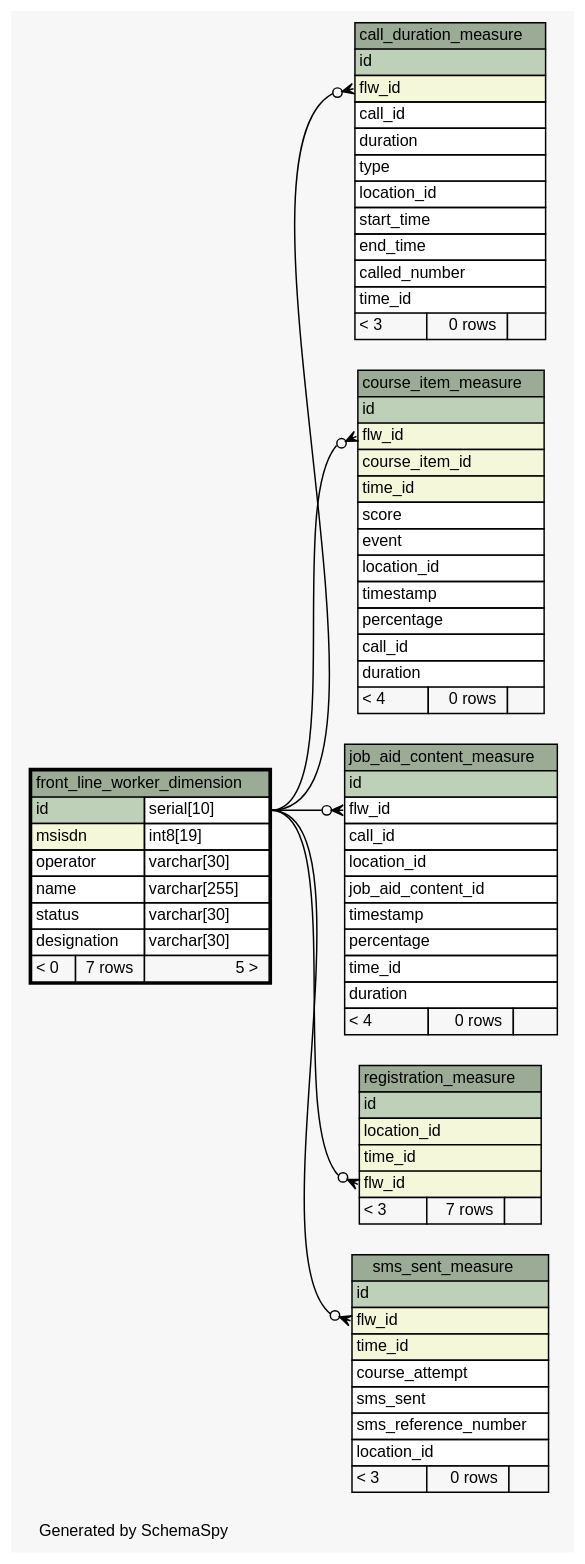
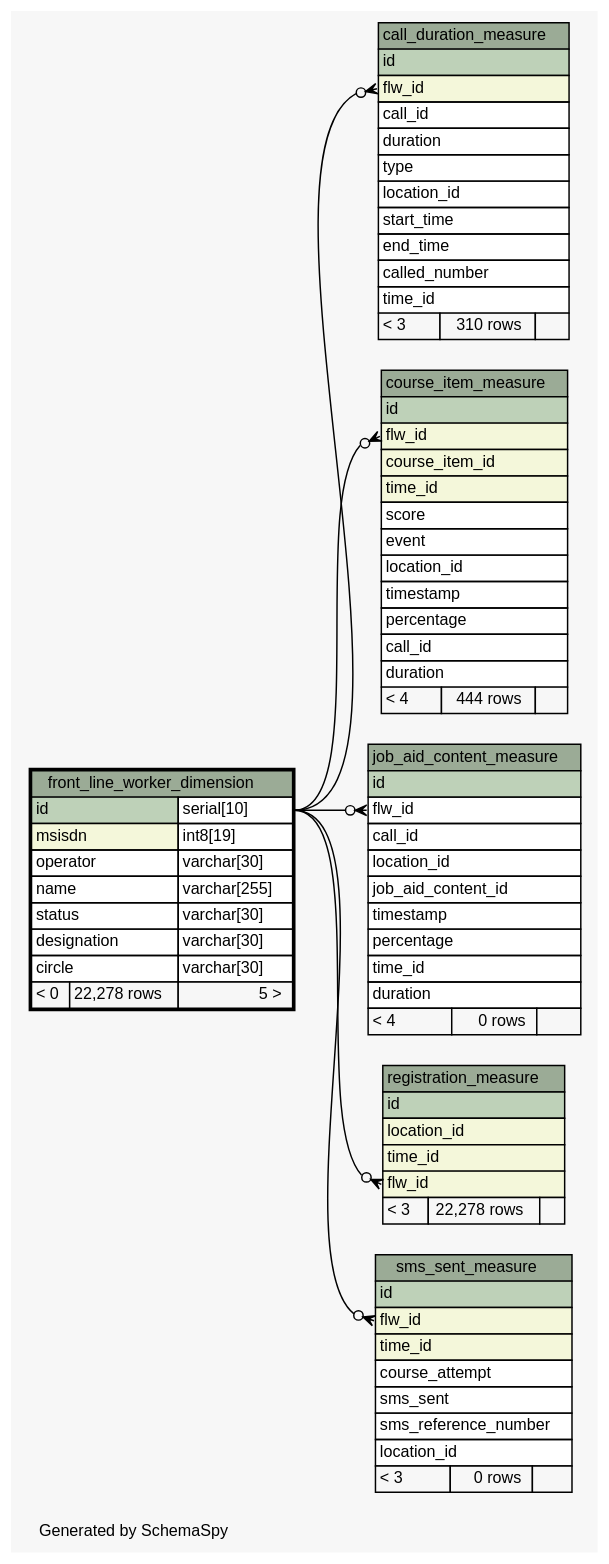
The diagram in ananya-report/build/schemaspy-output/diagrams/front_line_worker_dimension.1degree.dot (motech/ananya), drawn with Graphviz before and after one commit. The commit also changed 69 other files, not shown here.

```diff
--- a/ananya-report/build/schemaspy-output/diagrams/front_line_worker_dimension.1degree.dot
+++ b/ananya-report/build/schemaspy-output/diagrams/front_line_worker_dimension.1degree.dot
@@ -1,128 +1,129 @@
 // dot 2.26.3 on Linux 2.6.38-11-generic-pae
 // SchemaSpy rev 590
 digraph "oneDegreeRelationshipsDiagram" {
   graph [
     rankdir="RL"
     bgcolor="#f7f7f7"
     label="\nGenerated by SchemaSpy"
     labeljust="l"
     nodesep="0.18"
     ranksep="0.46"
     fontname="Helvetica"
     fontsize="11"
   ];
   node [
     fontname="Helvetica"
     fontsize="11"
     shape="plaintext"
   ];
   edge [
     arrowsize="0.8"
   ];
   "call_duration_measure":"flw_id":w -> "front_line_worker_dimension":"id.type":e [arrowhead=none dir=back arrowtail=crowodot];
   "course_item_measure":"flw_id":w -> "front_line_worker_dimension":"id.type":e [arrowhead=none dir=back arrowtail=crowodot];
   "job_aid_content_measure":"flw_id":w -> "front_line_worker_dimension":"id.type":e [arrowhead=none dir=back arrowtail=crowodot];
   "registration_measure":"flw_id":w -> "front_line_worker_dimension":"id.type":e [arrowhead=none dir=back arrowtail=crowodot];
   "sms_sent_measure":"flw_id":w -> "front_line_worker_dimension":"id.type":e [arrowhead=none dir=back arrowtail=crowodot];
   "call_duration_measure" [
     label=<
     <TABLE BORDER="0" CELLBORDER="1" CELLSPACING="0" BGCOLOR="#ffffff">
       <TR><TD COLSPAN="3" BGCOLOR="#9bab96" ALIGN="CENTER">call_duration_measure</TD></TR>
       <TR><TD PORT="id" COLSPAN="3" BGCOLOR="#bed1b8" ALIGN="LEFT">id</TD></TR>
       <TR><TD PORT="flw_id" COLSPAN="3" BGCOLOR="#f4f7da" ALIGN="LEFT">flw_id</TD></TR>
       <TR><TD PORT="call_id" COLSPAN="3" ALIGN="LEFT">call_id</TD></TR>
       <TR><TD PORT="duration" COLSPAN="3" ALIGN="LEFT">duration</TD></TR>
       <TR><TD PORT="type" COLSPAN="3" ALIGN="LEFT">type</TD></TR>
       <TR><TD PORT="location_id" COLSPAN="3" ALIGN="LEFT">location_id</TD></TR>
       <TR><TD PORT="start_time" COLSPAN="3" ALIGN="LEFT">start_time</TD></TR>
       <TR><TD PORT="end_time" COLSPAN="3" ALIGN="LEFT">end_time</TD></TR>
       <TR><TD PORT="called_number" COLSPAN="3" ALIGN="LEFT">called_number</TD></TR>
       <TR><TD PORT="time_id" COLSPAN="3" ALIGN="LEFT">time_id</TD></TR>
-      <TR><TD ALIGN="LEFT" BGCOLOR="#f7f7f7">&lt; 3</TD><TD ALIGN="RIGHT" BGCOLOR="#f7f7f7">0 rows</TD><TD ALIGN="RIGHT" BGCOLOR="#f7f7f7">  </TD></TR>
+      <TR><TD ALIGN="LEFT" BGCOLOR="#f7f7f7">&lt; 3</TD><TD ALIGN="RIGHT" BGCOLOR="#f7f7f7">310 rows</TD><TD ALIGN="RIGHT" BGCOLOR="#f7f7f7">  </TD></TR>
     </TABLE>>
     URL="call_duration_measure.html"
     tooltip="call_duration_measure"
   ];
   "course_item_measure" [
     label=<
     <TABLE BORDER="0" CELLBORDER="1" CELLSPACING="0" BGCOLOR="#ffffff">
       <TR><TD COLSPAN="3" BGCOLOR="#9bab96" ALIGN="CENTER">course_item_measure</TD></TR>
       <TR><TD PORT="id" COLSPAN="3" BGCOLOR="#bed1b8" ALIGN="LEFT">id</TD></TR>
       <TR><TD PORT="flw_id" COLSPAN="3" BGCOLOR="#f4f7da" ALIGN="LEFT">flw_id</TD></TR>
       <TR><TD PORT="course_item_id" COLSPAN="3" BGCOLOR="#f4f7da" ALIGN="LEFT">course_item_id</TD></TR>
       <TR><TD PORT="time_id" COLSPAN="3" BGCOLOR="#f4f7da" ALIGN="LEFT">time_id</TD></TR>
       <TR><TD PORT="score" COLSPAN="3" ALIGN="LEFT">score</TD></TR>
       <TR><TD PORT="event" COLSPAN="3" ALIGN="LEFT">event</TD></TR>
       <TR><TD PORT="location_id" COLSPAN="3" ALIGN="LEFT">location_id</TD></TR>
       <TR><TD PORT="timestamp" COLSPAN="3" ALIGN="LEFT">timestamp</TD></TR>
       <TR><TD PORT="percentage" COLSPAN="3" ALIGN="LEFT">percentage</TD></TR>
       <TR><TD PORT="call_id" COLSPAN="3" ALIGN="LEFT">call_id</TD></TR>
       <TR><TD PORT="duration" COLSPAN="3" ALIGN="LEFT">duration</TD></TR>
-      <TR><TD ALIGN="LEFT" BGCOLOR="#f7f7f7">&lt; 4</TD><TD ALIGN="RIGHT" BGCOLOR="#f7f7f7">0 rows</TD><TD ALIGN="RIGHT" BGCOLOR="#f7f7f7">  </TD></TR>
+      <TR><TD ALIGN="LEFT" BGCOLOR="#f7f7f7">&lt; 4</TD><TD ALIGN="RIGHT" BGCOLOR="#f7f7f7">444 rows</TD><TD ALIGN="RIGHT" BGCOLOR="#f7f7f7">  </TD></TR>
     </TABLE>>
     URL="course_item_measure.html"
     tooltip="course_item_measure"
   ];
   "front_line_worker_dimension" [
     label=<
     <TABLE BORDER="2" CELLBORDER="1" CELLSPACING="0" BGCOLOR="#ffffff">
       <TR><TD COLSPAN="3" BGCOLOR="#9bab96" ALIGN="CENTER">front_line_worker_dimension</TD></TR>
       <TR><TD PORT="id" COLSPAN="2" BGCOLOR="#bed1b8" ALIGN="LEFT">id</TD><TD PORT="id.type" ALIGN="LEFT">serial[10]</TD></TR>
       <TR><TD PORT="msisdn" COLSPAN="2" BGCOLOR="#f4f7da" ALIGN="LEFT">msisdn</TD><TD PORT="msisdn.type" ALIGN="LEFT">int8[19]</TD></TR>
       <TR><TD PORT="operator" COLSPAN="2" ALIGN="LEFT">operator</TD><TD PORT="operator.type" ALIGN="LEFT">varchar[30]</TD></TR>
       <TR><TD PORT="name" COLSPAN="2" ALIGN="LEFT">name</TD><TD PORT="name.type" ALIGN="LEFT">varchar[255]</TD></TR>
       <TR><TD PORT="status" COLSPAN="2" ALIGN="LEFT">status</TD><TD PORT="status.type" ALIGN="LEFT">varchar[30]</TD></TR>
       <TR><TD PORT="designation" COLSPAN="2" ALIGN="LEFT">designation</TD><TD PORT="designation.type" ALIGN="LEFT">varchar[30]</TD></TR>
-      <TR><TD ALIGN="LEFT" BGCOLOR="#f7f7f7">&lt; 0</TD><TD ALIGN="RIGHT" BGCOLOR="#f7f7f7">7 rows</TD><TD ALIGN="RIGHT" BGCOLOR="#f7f7f7">5 &gt;</TD></TR>
+      <TR><TD PORT="circle" COLSPAN="2" ALIGN="LEFT">circle</TD><TD PORT="circle.type" ALIGN="LEFT">varchar[30]</TD></TR>
+      <TR><TD ALIGN="LEFT" BGCOLOR="#f7f7f7">&lt; 0</TD><TD ALIGN="RIGHT" BGCOLOR="#f7f7f7">22,278 rows</TD><TD ALIGN="RIGHT" BGCOLOR="#f7f7f7">5 &gt;</TD></TR>
     </TABLE>>
     URL="front_line_worker_dimension.html"
     tooltip="front_line_worker_dimension"
   ];
   "job_aid_content_measure" [
     label=<
     <TABLE BORDER="0" CELLBORDER="1" CELLSPACING="0" BGCOLOR="#ffffff">
       <TR><TD COLSPAN="3" BGCOLOR="#9bab96" ALIGN="CENTER">job_aid_content_measure</TD></TR>
       <TR><TD PORT="id" COLSPAN="3" BGCOLOR="#bed1b8" ALIGN="LEFT">id</TD></TR>
       <TR><TD PORT="flw_id" COLSPAN="3" ALIGN="LEFT">flw_id</TD></TR>
       <TR><TD PORT="call_id" COLSPAN="3" ALIGN="LEFT">call_id</TD></TR>
       <TR><TD PORT="location_id" COLSPAN="3" ALIGN="LEFT">location_id</TD></TR>
       <TR><TD PORT="job_aid_content_id" COLSPAN="3" ALIGN="LEFT">job_aid_content_id</TD></TR>
       <TR><TD PORT="timestamp" COLSPAN="3" ALIGN="LEFT">timestamp</TD></TR>
       <TR><TD PORT="percentage" COLSPAN="3" ALIGN="LEFT">percentage</TD></TR>
       <TR><TD PORT="time_id" COLSPAN="3" ALIGN="LEFT">time_id</TD></TR>
       <TR><TD PORT="duration" COLSPAN="3" ALIGN="LEFT">duration</TD></TR>
       <TR><TD ALIGN="LEFT" BGCOLOR="#f7f7f7">&lt; 4</TD><TD ALIGN="RIGHT" BGCOLOR="#f7f7f7">0 rows</TD><TD ALIGN="RIGHT" BGCOLOR="#f7f7f7">  </TD></TR>
     </TABLE>>
     URL="job_aid_content_measure.html"
     tooltip="job_aid_content_measure"
   ];
   "registration_measure" [
     label=<
     <TABLE BORDER="0" CELLBORDER="1" CELLSPACING="0" BGCOLOR="#ffffff">
       <TR><TD COLSPAN="3" BGCOLOR="#9bab96" ALIGN="CENTER">registration_measure</TD></TR>
       <TR><TD PORT="id" COLSPAN="3" BGCOLOR="#bed1b8" ALIGN="LEFT">id</TD></TR>
       <TR><TD PORT="location_id" COLSPAN="3" BGCOLOR="#f4f7da" ALIGN="LEFT">location_id</TD></TR>
       <TR><TD PORT="time_id" COLSPAN="3" BGCOLOR="#f4f7da" ALIGN="LEFT">time_id</TD></TR>
       <TR><TD PORT="flw_id" COLSPAN="3" BGCOLOR="#f4f7da" ALIGN="LEFT">flw_id</TD></TR>
-      <TR><TD ALIGN="LEFT" BGCOLOR="#f7f7f7">&lt; 3</TD><TD ALIGN="RIGHT" BGCOLOR="#f7f7f7">7 rows</TD><TD ALIGN="RIGHT" BGCOLOR="#f7f7f7">  </TD></TR>
+      <TR><TD ALIGN="LEFT" BGCOLOR="#f7f7f7">&lt; 3</TD><TD ALIGN="RIGHT" BGCOLOR="#f7f7f7">22,278 rows</TD><TD ALIGN="RIGHT" BGCOLOR="#f7f7f7">  </TD></TR>
     </TABLE>>
     URL="registration_measure.html"
     tooltip="registration_measure"
   ];
   "sms_sent_measure" [
     label=<
     <TABLE BORDER="0" CELLBORDER="1" CELLSPACING="0" BGCOLOR="#ffffff">
       <TR><TD COLSPAN="3" BGCOLOR="#9bab96" ALIGN="CENTER">sms_sent_measure</TD></TR>
       <TR><TD PORT="id" COLSPAN="3" BGCOLOR="#bed1b8" ALIGN="LEFT">id</TD></TR>
       <TR><TD PORT="flw_id" COLSPAN="3" BGCOLOR="#f4f7da" ALIGN="LEFT">flw_id</TD></TR>
       <TR><TD PORT="time_id" COLSPAN="3" BGCOLOR="#f4f7da" ALIGN="LEFT">time_id</TD></TR>
       <TR><TD PORT="course_attempt" COLSPAN="3" ALIGN="LEFT">course_attempt</TD></TR>
       <TR><TD PORT="sms_sent" COLSPAN="3" ALIGN="LEFT">sms_sent</TD></TR>
       <TR><TD PORT="sms_reference_number" COLSPAN="3" ALIGN="LEFT">sms_reference_number</TD></TR>
       <TR><TD PORT="location_id" COLSPAN="3" ALIGN="LEFT">location_id</TD></TR>
       <TR><TD ALIGN="LEFT" BGCOLOR="#f7f7f7">&lt; 3</TD><TD ALIGN="RIGHT" BGCOLOR="#f7f7f7">0 rows</TD><TD ALIGN="RIGHT" BGCOLOR="#f7f7f7">  </TD></TR>
     </TABLE>>
     URL="sms_sent_measure.html"
     tooltip="sms_sent_measure"
   ];
 }
```
